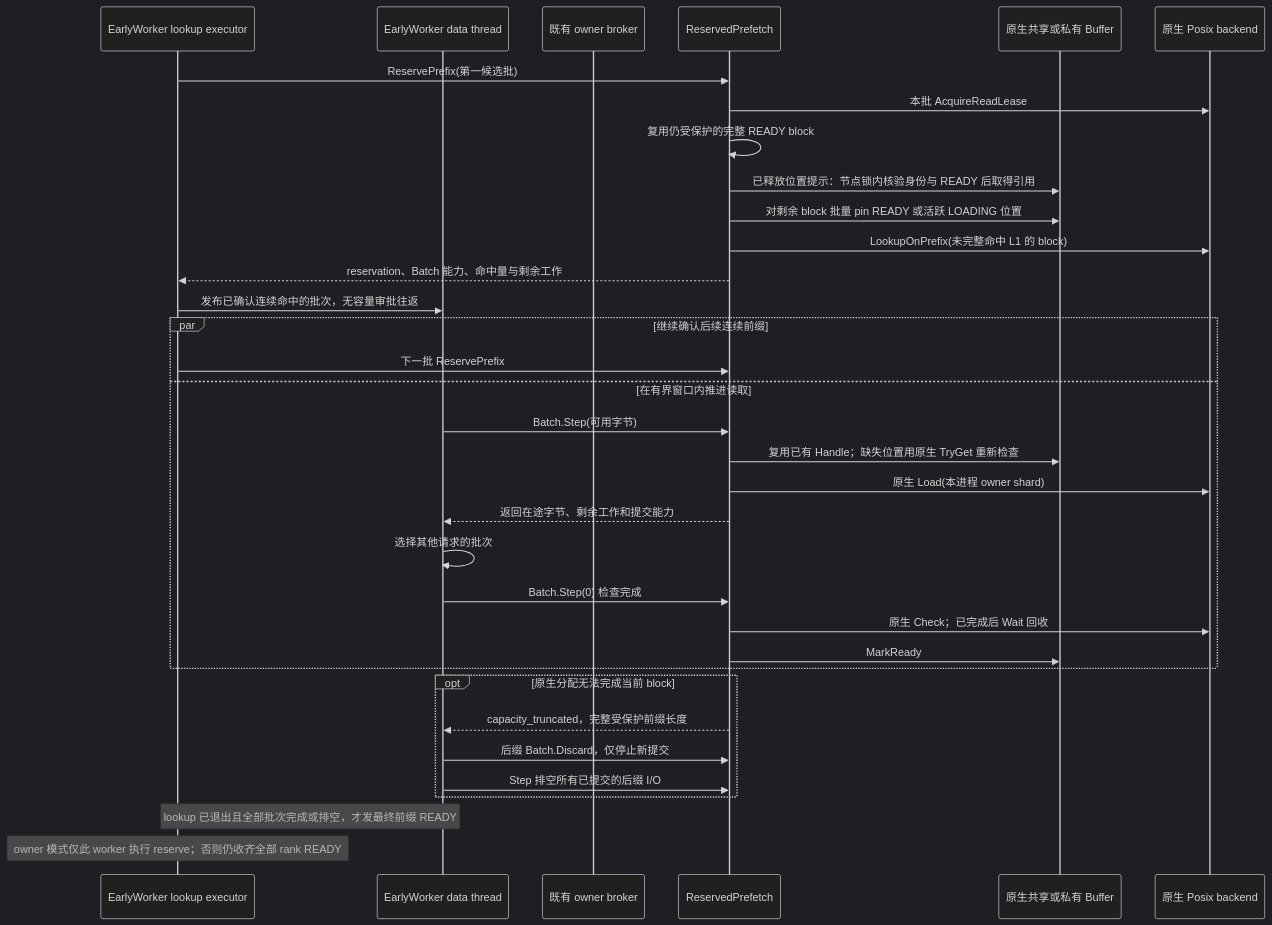
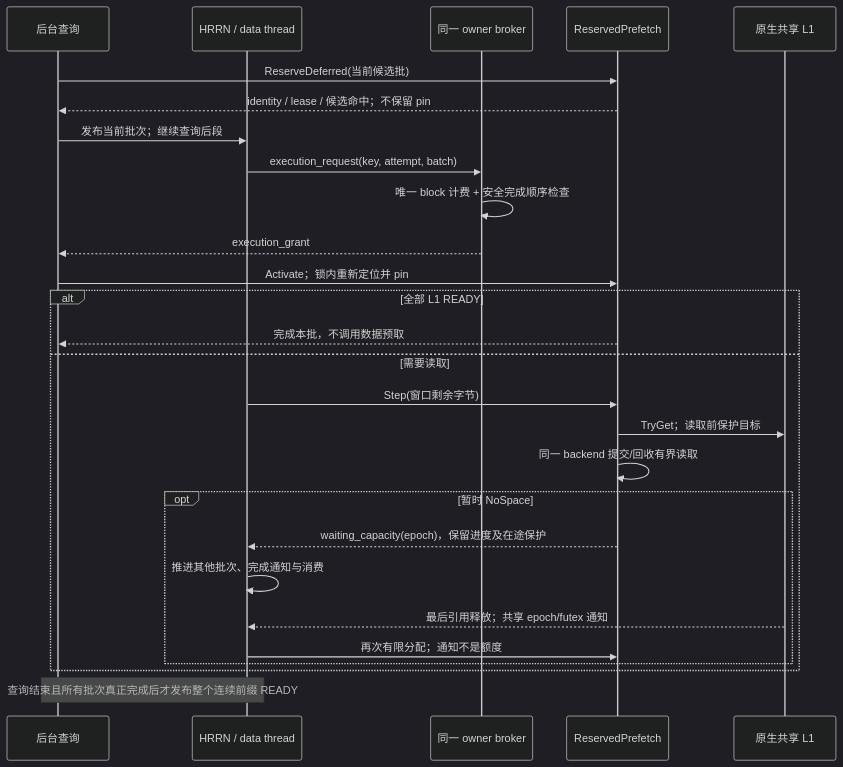
One commit to StorTecDev/ucm-prefetch changed the first of 4 diagrams in docs/EARLY_PREFETCH_DESIGN.md. Above: the diagram before and after it, drawn with Mermaid (dark theme). The commit also changed other lines of this file and 2 other files, not shown here.

Commit message:
docs(early): specify deferred protection, safe waits and recovery boundaries

````diff
--- a/docs/EARLY_PREFETCH_DESIGN.md
+++ b/docs/EARLY_PREFETCH_DESIGN.md
@@ -120,36 +130,29 @@
 ```mermaid
 sequenceDiagram
-    participant W as EarlyWorker lookup executor
-    participant D as EarlyWorker data thread
-    participant O as 既有 owner broker
+    participant W as 后台查询
+    participant D as HRRN / data thread
+    participant O as 同一 owner broker
     participant R as ReservedPrefetch
-    participant B as 原生共享或私有 Buffer
-    participant P as 原生 Posix backend
-    W->>R: ReservePrefix(第一候选批)
-    R->>P: 本批 AcquireReadLease
-    R->>R: 复用仍受保护的完整 READY block
-    R->>B: 已释放位置提示：节点锁内核验身份与 READY 后取得引用
-    R->>B: 对剩余 block 批量 pin READY 或活跃 LOADING 位置
-    R->>P: LookupOnPrefix(未完整命中 L1 的 block)
-    R-->>W: reservation、Batch 能力、命中量与剩余工作
-    W->>D: 发布已确认连续命中的批次，无容量审批往返
-    par 继续确认后续连续前缀
-        W->>R: 下一批 ReservePrefix
-    and 在有界窗口内推进读取
-        D->>R: Batch.Step(可用字节)
-        R->>B: 复用已有 Handle；缺失位置用原生 TryGet 重新检查
-        R->>P: 原生 Load(本进程 owner shard)
-        R-->>D: 返回在途字节、剩余工作和提交能力
-        D->>D: 选择其他请求的批次
-        D->>R: Batch.Step(0) 检查完成
-        R->>P: 原生 Check；已完成后 Wait 回收
-        R->>B: MarkReady
+    participant B as 原生共享 L1
+    W->>R: ReserveDeferred(当前候选批)
+    R-->>W: identity / lease / 候选命中；不保留 pin
+    W->>D: 发布当前批次；继续查询后段
+    D->>O: execution_request(key, attempt, batch)
+    O->>O: 唯一 block 计费 + 安全完成顺序检查
+    O-->>W: execution_grant
+    W->>R: Activate；锁内重新定位并 pin
+    alt 全部 L1 READY
+        R-->>W: 完成本批，不调用数据预取
+    else 需要读取
+        D->>R: Step(窗口剩余字节)
+        R->>B: TryGet；读取前保护目标
+        R->>R: 同一 backend 提交/回收有界读取
+        opt 暂时 NoSpace
+            R-->>D: waiting_capacity(epoch)，保留进度及在途保护
+            D->>D: 推进其他批次、完成通知与消费
+            B-->>D: 最后引用释放；共享 epoch/futex 通知
+            D->>R: 再次有限分配；通知不是额度
+        end
     end
-    opt 原生分配无法完成当前 block
-        R-->>D: capacity_truncated，完整受保护前缀长度
-        D->>R: 后缀 Batch.Discard，仅停止新提交
-        D->>R: Step 排空所有已提交的后缀 I/O
-    end
-    Note over W,D: lookup 已退出且全部批次完成或排空，才发最终前缀 READY
-    Note over W: owner 模式仅此 worker 执行 reserve；否则仍收齐全部 rank READY
+    Note over W,D: 查询结束且所有批次真正完成后才发布整个连续前缀 READY
 ```
````
